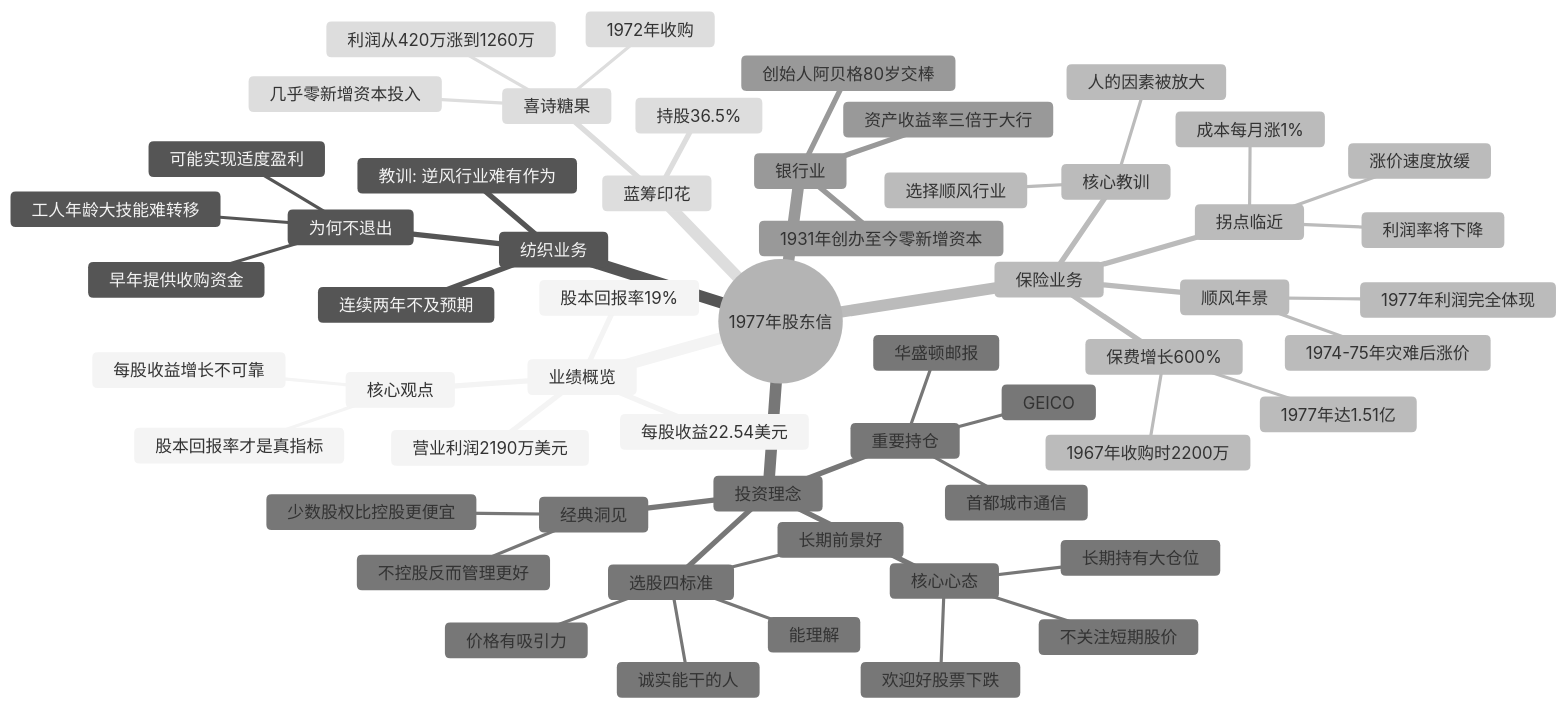
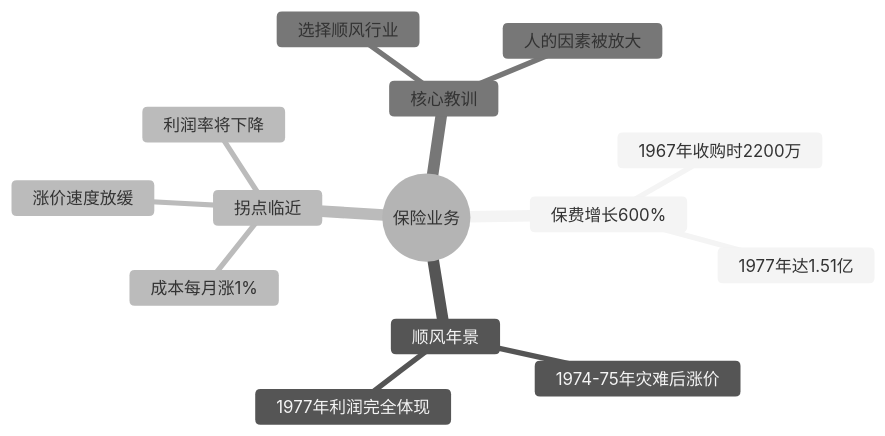
The fourth of 7 diagrams in docs/01_letters/1977年/思维导图.md (carllhm/buffett-knowledge-base), drawn with Mermaid (neutral theme) before and after one commit. The commit also changed other lines of this file and 719 other files, not shown here.

Commit message:
思维导图重构：两级结构，总览+折叠子导图

````diff
--- a/docs/01_letters/1977年/思维导图.md
+++ b/docs/01_letters/1977年/思维导图.md
@@ -3,59 +93,17 @@
 ```mermaid
 mindmap
-  root((1977年股东信))
-    业绩概览
-      营业利润2190万美元
-      每股收益22.54美元
-      股本回报率19%
-      核心观点
-        每股收益增长不可靠
-        股本回报率才是真指标
-    纺织业务
-      连续两年不及预期
-      为何不退出
-        工人年龄大技能难转移
-        早年提供收购资金
-        可能实现适度盈利
-      教训: 逆风行业难有作为
-    保险业务
-      保费增长600%
-        1967年收购时2200万
-        1977年达1.51亿
-      顺风年景
-        1974-75年灾难后涨价
-        1977年利润完全体现
-      拐点临近
-        成本每月涨1%
-        涨价速度放缓
-        利润率将下降
-      核心教训
-        选择顺风行业
-        人的因素被放大
-    投资理念
-      选股四标准
-        能理解
-        长期前景好
-        诚实能干的人
-        价格有吸引力
-      核心心态
-        不关注短期股价
-        欢迎好股票下跌
-        长期持有大仓位
-      经典洞见
-        少数股权比控股更便宜
-        不控股反而管理更好
-      重要持仓
-        GEICO
-        华盛顿邮报
-        首都城市通信
-    银行业
-      资产收益率三倍于大行
-      创始人阿贝格80岁交棒
-      1931年创办至今零新增资本
-    蓝筹印花
-      持股36.5%
-      喜诗糖果
-        1972年收购
-        利润从420万涨到1260万
-        几乎零新增资本投入
+  root((保险业务))
+    保费增长600%
+      1967年收购时2200万
+      1977年达1.51亿
+    顺风年景
+      1974-75年灾难后涨价
+      1977年利润完全体现
+    拐点临近
+      成本每月涨1%
+      涨价速度放缓
+      利润率将下降
+    核心教训
+      选择顺风行业
+      人的因素被放大
 ```
````
